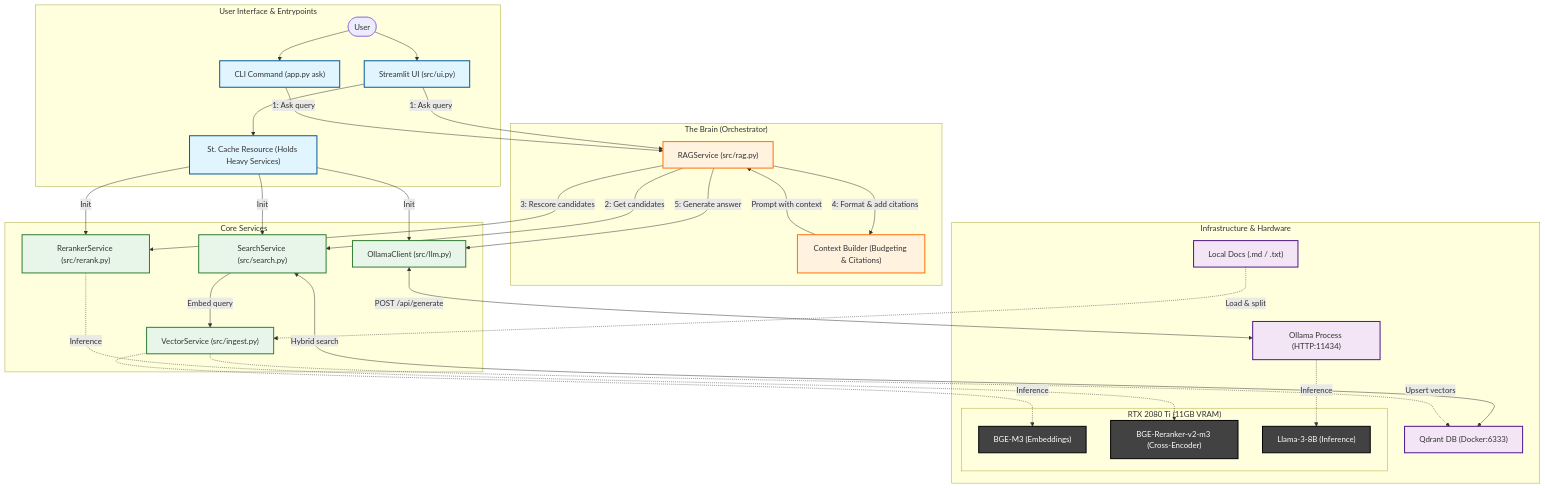
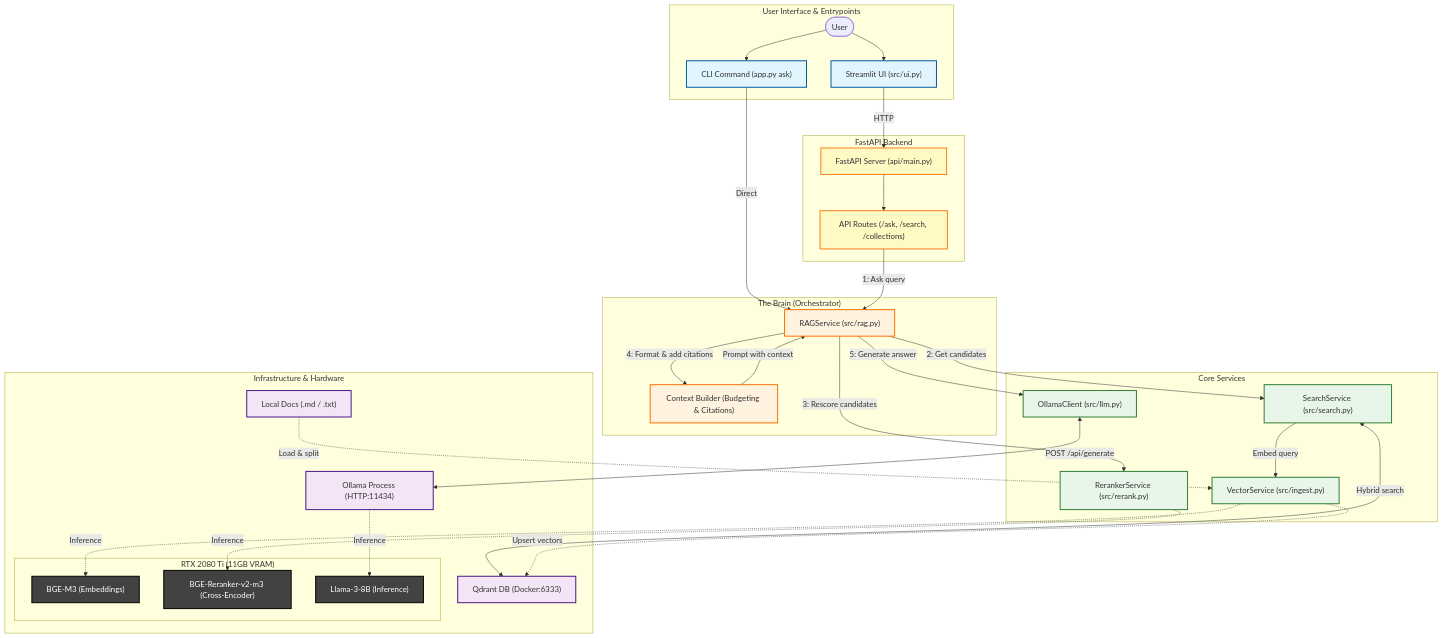
Before and after one commit to jpcunhadias/citerag: the diagram in README.md, drawn with Mermaid. The commit also changed other lines of this file, not shown here.

Commit message:
Refactor architecture diagram and tech stack in README

```diff
--- a/README.md
+++ b/README.md
@@ -11,7 +11,12 @@
         User([User])
         Streamlit["Streamlit UI (src/ui.py)"]
         CLI["CLI Command (app.py ask)"]
-        Cache["St. Cache Resource (Holds Heavy Services)"]
+    end
+
+    %% --- API Layer ---
+    subgraph API ["FastAPI Backend"]
+        FastAPI["FastAPI Server (api/main.py)"]
+        Routes["API Routes (/ask, /search, /collections)"]
     end
 
     %% --- Orchestration Layer ---
@@ -45,13 +50,11 @@
     User --> Streamlit
     User --> CLI
 
-    Streamlit --> Cache
-    Cache -->|Init| SearchSvc
-    Cache -->|Init| RerankSvc
-    Cache -->|Init| LLMSvc
+    Streamlit -->|HTTP| FastAPI
+    CLI -->|Direct| RAG
 
-    Streamlit -->|"1: Ask query"| RAG
-    CLI -->|"1: Ask query"| RAG
+    FastAPI --> Routes
+    Routes -->|"1: Ask query"| RAG
 
     %% --- Connections: RAG Pipeline ---
     RAG -->|"2: Get candidates"| SearchSvc
@@ -75,12 +78,14 @@
 
     %% --- Styling ---
     classDef ui fill:#e1f5fe,stroke:#01579b,stroke-width:2px;
+    classDef api fill:#fff9c4,stroke:#f57f17,stroke-width:2px;
     classDef logic fill:#fff3e0,stroke:#ff6f00,stroke-width:2px;
     classDef service fill:#e8f5e9,stroke:#2e7d32,stroke-width:2px;
     classDef infra fill:#f3e5f5,stroke:#4a148c,stroke-width:2px;
     classDef hardware fill:#424242,stroke:#000,stroke-width:2px,color:#fff;
 
-    class Streamlit,CLI,Cache ui;
+    class Streamlit,CLI ui;
+    class FastAPI,Routes api;
     class RAG,ContextBuilder logic;
     class SearchSvc,RerankSvc,LLMSvc,VectorSvc service;
     class Qdrant,OllamaProc,FileSystem infra;
```
